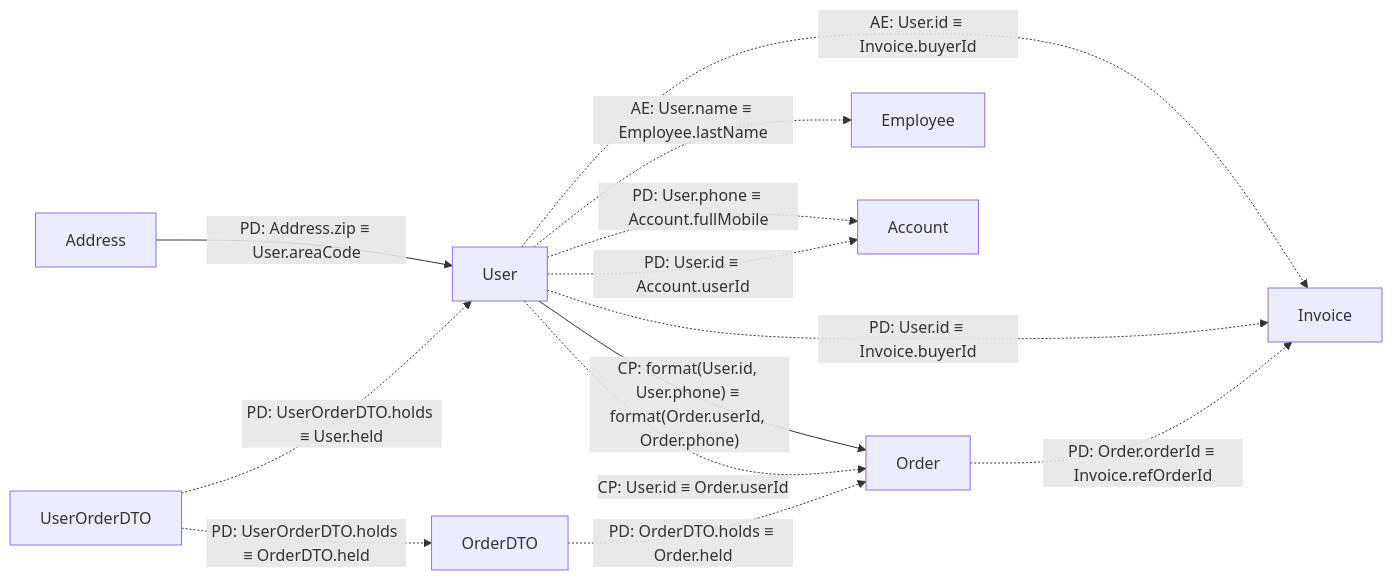
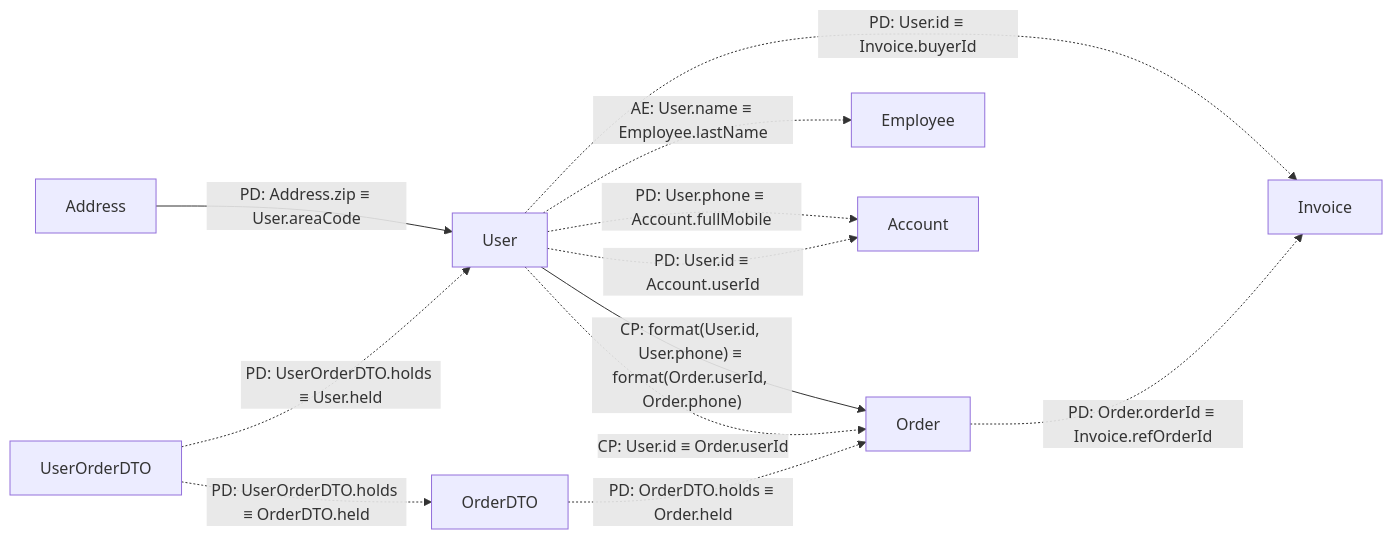
The diagram in classRelationTestCode.md (LIngcheng-zeng/classRelation), drawn with Mermaid before and after one commit. The commit also changed other lines of this file and 1 other file, not shown here.

````diff
--- a/classRelationTestCode.md
+++ b/classRelationTestCode.md
@@ -14,15 +14,14 @@
 ```mermaid
 flowchart LR
     Address -->|"PD: Address.zip ≡ User.areaCode"| User
     User -->|"CP: format(User.id, User.phone) ≡ format(Order.userId, Order.phone)"| Order
     User -.->|"CP: User.id ≡ Order.userId"| Order
-    User -.->|"AE: User.id ≡ Invoice.buyerId"| Invoice
+    User -.->|"AE: User.name ≡ Employee.lastName"| Employee
     User -.->|"PD: User.id ≡ Invoice.buyerId"| Invoice
-    User -.->|"AE: User.name ≡ Employee.lastName"| Employee
     OrderDTO -.->|"PD: OrderDTO.holds ≡ Order.held"| Order
     UserOrderDTO -.->|"PD: UserOrderDTO.holds ≡ OrderDTO.held"| OrderDTO
     UserOrderDTO -.->|"PD: UserOrderDTO.holds ≡ User.held"| User
     User -.->|"PD: User.phone ≡ Account.fullMobile"| Account
     User -.->|"PD: User.id ≡ Account.userId"| Account
     Order -.->|"PD: Order.orderId ≡ Invoice.refOrderId"| Invoice
 ```
````
